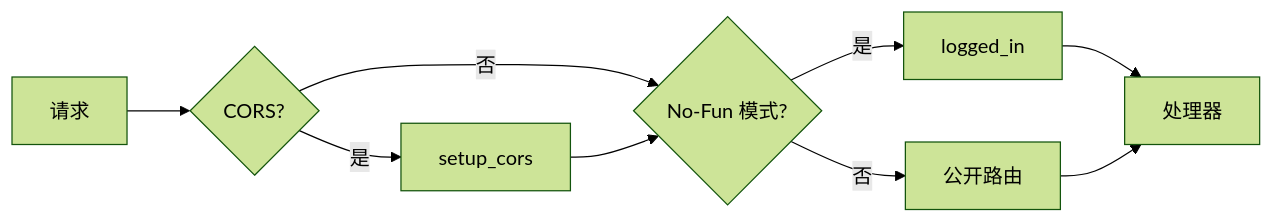
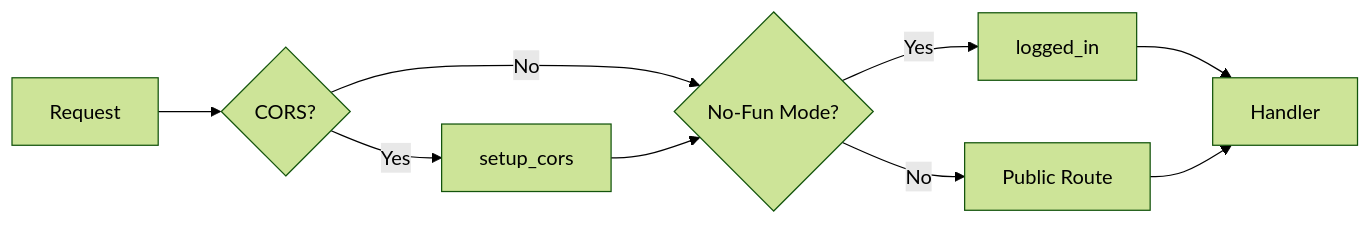
Before and after one commit to OborozukiNoYume/LANraragi: the first of 2 diagrams in docs/zh-CN/02_api.md, drawn with Mermaid (forest theme). The commit also changed other lines of this file and 7 other files, not shown here.

````diff
--- a/docs/zh-CN/02_api.md
+++ b/docs/zh-CN/02_api.md
@@ -11,11 +11,11 @@
 ```mermaid
 graph LR
-    A[请求] --> B{CORS?}
-    B -->|是| C[setup_cors]
-    B -->|否| D{No-Fun 模式?}
+    A[Request] --> B{CORS?}
+    B -->|Yes| C[setup_cors]
+    B -->|No| D{No-Fun Mode?}
     C --> D
-    D -->|是| E[logged_in]
-    D -->|否| F[公开路由]
-    E --> G[处理器]
+    D -->|Yes| E[logged_in]
+    D -->|No| F[Public Route]
+    E --> G[Handler]
     F --> G
 ```
````
